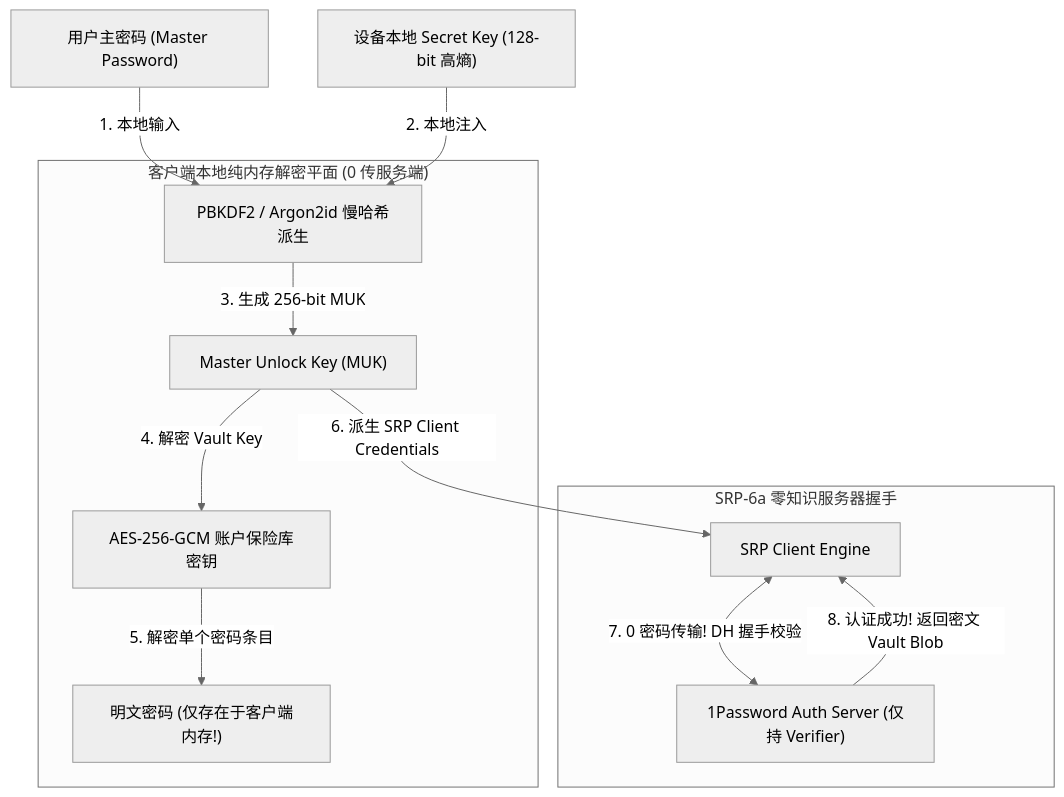
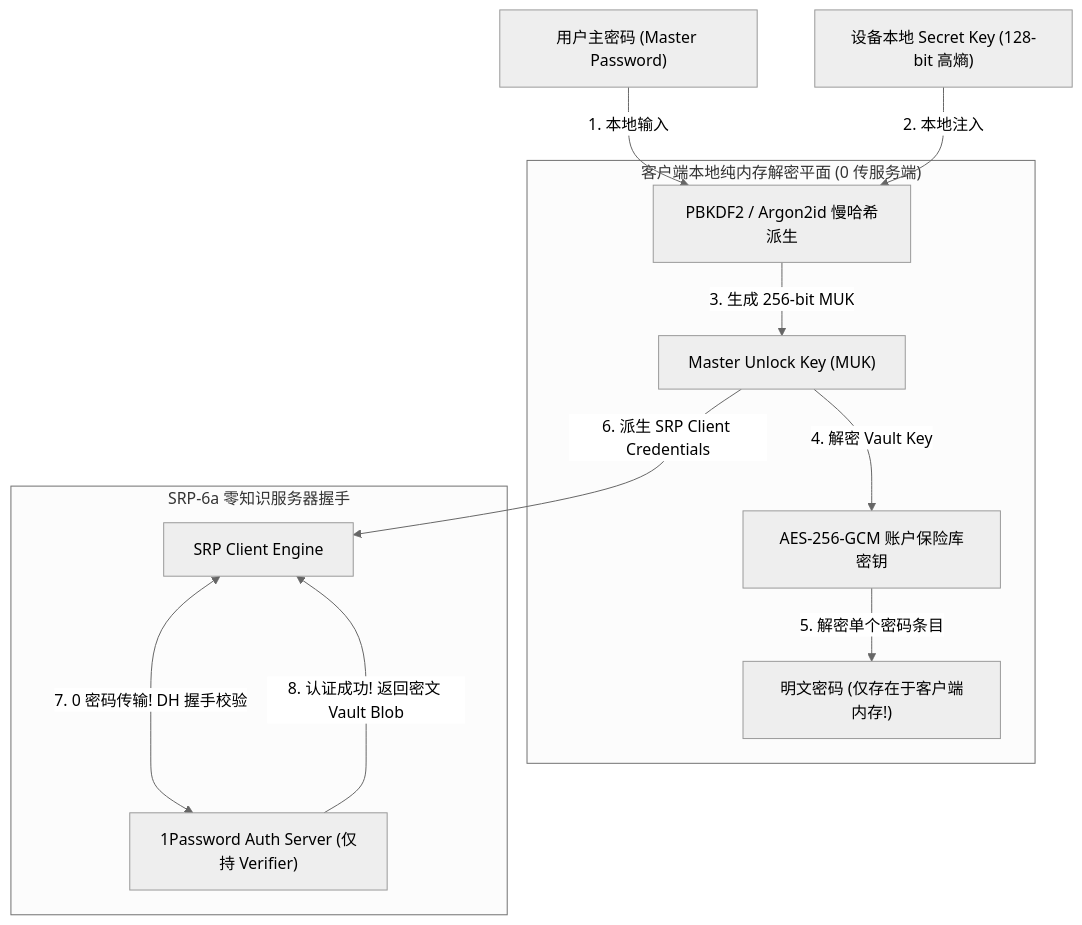
One commit to koosai/AI-Architect-Learning changed the first of 6 diagrams in docs/atlas/1password.mdx. Above: the diagram before and after it, drawn with Mermaid (neutral theme). The commit also changed 68 other files, not shown here.

Commit message:
fix(atlas): fix browser client-side Mermaid rendering for mindmaps and flowcharts across 67 case studies

````diff
--- a/docs/atlas/1password.mdx
+++ b/docs/atlas/1password.mdx
@@ -49,17 +49,17 @@
 ```mermaid
 graph TD
   UserMP["用户主密码 (Master Password)"] -->|1. 本地输入| KeyDerivation["PBKDF2 / Argon2id 慢哈希派生"]
   LocalSK["设备本地 Secret Key (128-bit 高熵)"] -->|2. 本地注入| KeyDerivation
   
   subgraph LocalDecryptionPlane["客户端本地纯内存解密平面 (0 传服务端)"]
     KeyDerivation -->|3. 生成 256-bit MUK| MUK["Master Unlock Key (MUK)"]
     MUK -->|4. 解密 Vault Key| VaultKey["AES-256-GCM 账户保险库密钥"]
     VaultKey -->|5. 解密单个密码条目| PlaintextItem["明文密码 (仅存在于客户端内存!)"]
   end
 
   subgraph SRPZeroKnowledgeAuth["SRP-6a 零知识服务器握手"]
     MUK -->|6. 派生 SRP Client Credentials| SRPClient["SRP Client Engine"]
-    SRPClient <-->|7. 0 密码传输! DH 握手校验| SRPServer["1Password Auth Server (仅持 Verifier)"]
+    SRPClient <--->|7. 0 密码传输! DH 握手校验| SRPServer["1Password Auth Server (仅持 Verifier)"]
     SRPServer -->|8. 认证成功! 返回密文 Vault Blob| SRPClient
   end
 ```
````
